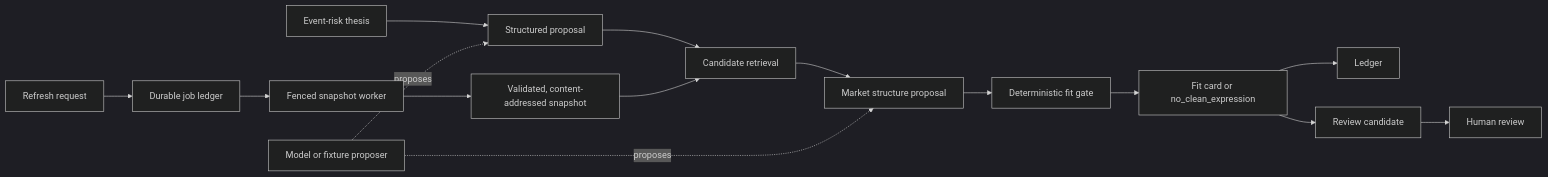
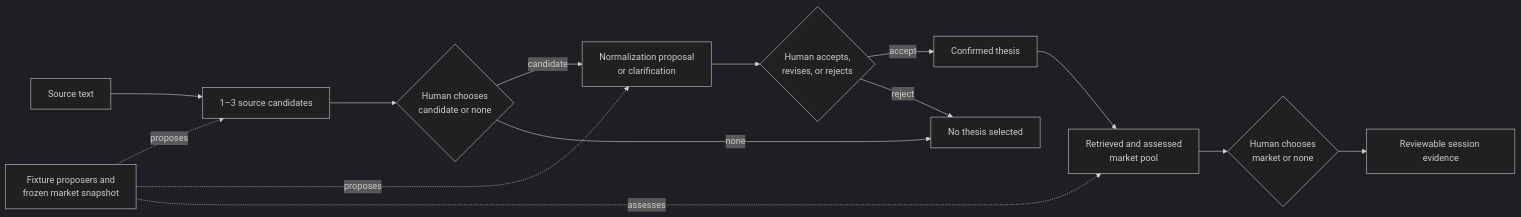
Before and after one commit to Silveroboros-dev/fitcheck: the diagram in README.md, drawn with Mermaid (dark theme). The commit also changed other lines of this file and 48 other files, not shown here.

Commit message:
feat(reference): publish the v3.1 source-to-market workflow (#4)

````diff
--- a/README.md
+++ b/README.md
@@ -16,19 +49,17 @@
 ```mermaid
 flowchart LR
-    T["Event-risk thesis"] --> P["Structured proposal"]
-    P --> R["Candidate retrieval"]
-    R --> MS["Market structure proposal"]
-    MS --> G["Deterministic fit gate"]
-    G --> C["Fit card or no_clean_expression"]
-    C --> L["Ledger"]
-    C --> Q["Review candidate"]
-    Q --> H["Human review"]
+    S["Source text"] --> I["1–3 source candidates"]
+    I --> C{"Human chooses\ncandidate or none"}
+    C -->|candidate| N["Normalization proposal\nor clarification"]
+    N --> D{"Human accepts,\nrevises, or rejects"}
+    D -->|accept| T["Confirmed thesis"]
+    T --> P["Retrieved and assessed\nmarket pool"]
+    P --> M{"Human chooses\nmarket or none"}
+    C -->|none| X["No thesis selected"]
+    D -->|reject| X
+    M --> R["Reviewable session evidence"]
 
-    S["Refresh request"] --> J["Durable job ledger"]
-    J --> W["Fenced snapshot worker"]
-    W --> V["Validated, content-addressed snapshot"]
-    V --> R
-
-    M["Model or fixture proposer"] -. proposes .-> P
-    M -. proposes .-> MS
+    F["Fixture proposers and\nfrozen market snapshot"] -. proposes .-> I
+    F -. proposes .-> N
+    F -. assesses .-> P
 ```
````
